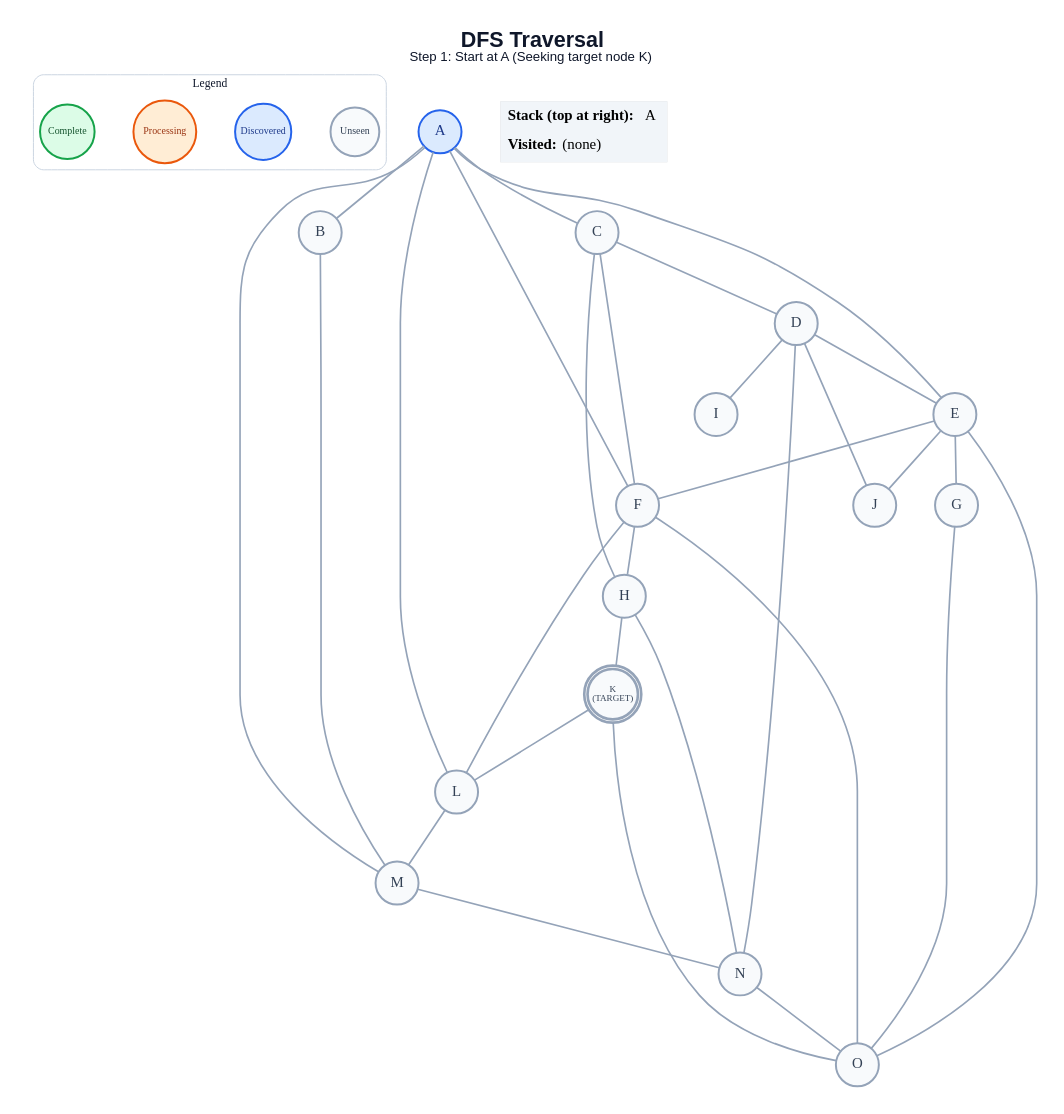
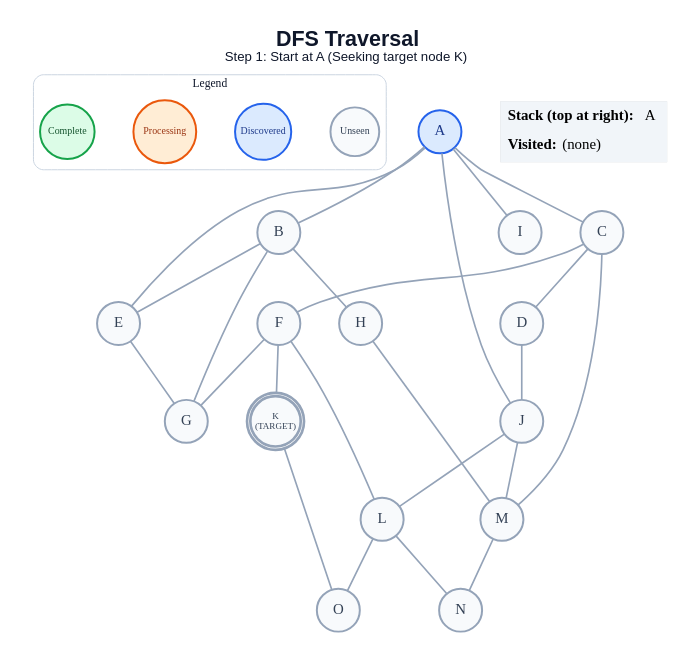
The diagram in generated/dfs/step_01.dot (anon7238593-create/ai-slop), drawn with Graphviz before and after one commit. The commit also changed 289 other files, not shown here.

```diff
--- a/generated/dfs/step_01.dot
+++ b/generated/dfs/step_01.dot
@@ -1,63 +1,57 @@
 graph traversal {
   graph [layout=dot, rankdir=TB, bgcolor="#FFFFFF", pad="0.35", nodesep="0.65", ranksep="0.8", fontname="Arial"];
   node [shape=circle, style="filled", fontname="Arial Bold", fontsize=18, width=0.72, fixedsize=true, penwidth=2.4];
   edge [color="#94A3B8", penwidth=2.0];
   label=<<B>DFS Traversal</B><BR/><FONT POINT-SIZE="16">Step 1: Start at A (Seeking target node K)</FONT>>; labelloc="t"; fontsize=26; fontname="Arial"; fontcolor="#0F172A";
   subgraph cluster_legend { label="Legend"; color="#CBD5E1"; penwidth=1.2; style="rounded"; fontsize=14; fontname="Arial Bold";
     key_unseen [label="Unseen", fillcolor="#F8FAFC", color="#94A3B8", fontcolor="#334155", fontsize=12, width=0.82];
     key_frontier [label="Discovered", fillcolor="#DBEAFE", color="#2563EB", fontcolor="#1E3A8A", fontsize=12, width=0.95];
     key_current [label="Processing", fillcolor="#FFEDD5", color="#EA580C", fontcolor="#9A3412", fontsize=12, width=1.05];
     key_done [label="Complete", fillcolor="#DCFCE7", color="#16A34A", fontcolor="#14532D", fontsize=12, width=0.92];
     { rank=same; key_unseen; key_frontier; key_current; key_done; }
   }
   A [label="A", fillcolor="#DBEAFE", color="#2563EB", fontcolor="#1E3A8A", peripheries=1, penwidth=2.4];
   B [label="B", fillcolor="#F8FAFC", color="#94A3B8", fontcolor="#334155", peripheries=1, penwidth=2.4];
   C [label="C", fillcolor="#F8FAFC", color="#94A3B8", fontcolor="#334155", peripheries=1, penwidth=2.4];
   D [label="D", fillcolor="#F8FAFC", color="#94A3B8", fontcolor="#334155", peripheries=1, penwidth=2.4];
   E [label="E", fillcolor="#F8FAFC", color="#94A3B8", fontcolor="#334155", peripheries=1, penwidth=2.4];
   F [label="F", fillcolor="#F8FAFC", color="#94A3B8", fontcolor="#334155", peripheries=1, penwidth=2.4];
   G [label="G", fillcolor="#F8FAFC", color="#94A3B8", fontcolor="#334155", peripheries=1, penwidth=2.4];
   H [label="H", fillcolor="#F8FAFC", color="#94A3B8", fontcolor="#334155", peripheries=1, penwidth=2.4];
   I [label="I", fillcolor="#F8FAFC", color="#94A3B8", fontcolor="#334155", peripheries=1, penwidth=2.4];
   J [label="J", fillcolor="#F8FAFC", color="#94A3B8", fontcolor="#334155", peripheries=1, penwidth=2.4];
   K [label="K\n(TARGET)", fillcolor="#F8FAFC", color="#94A3B8", fontcolor="#334155", peripheries=2, penwidth=3.2, fontsize=11, width=0.85, height=0.85];
   L [label="L", fillcolor="#F8FAFC", color="#94A3B8", fontcolor="#334155", peripheries=1, penwidth=2.4];
   M [label="M", fillcolor="#F8FAFC", color="#94A3B8", fontcolor="#334155", peripheries=1, penwidth=2.4];
   N [label="N", fillcolor="#F8FAFC", color="#94A3B8", fontcolor="#334155", peripheries=1, penwidth=2.4];
   O [label="O", fillcolor="#F8FAFC", color="#94A3B8", fontcolor="#334155", peripheries=1, penwidth=2.4];
   A -- B;
   A -- C;
   A -- E;
-  A -- F;
-  A -- L;
-  A -- M;
-  B -- M;
+  A -- I;
+  A -- J;
+  B -- E;
+  B -- G;
+  B -- H;
   C -- D;
   C -- F;
-  C -- H;
-  D -- E;
-  D -- I;
+  C -- M;
   D -- J;
-  D -- N;
-  E -- F;
   E -- G;
-  E -- J;
-  E -- O;
-  F -- H;
+  F -- G;
+  F -- K;
   F -- L;
-  F -- O;
-  G -- O;
-  H -- K;
-  H -- N;
-  K -- L;
+  H -- M;
+  J -- L;
+  J -- M;
   K -- O;
-  L -- M;
+  L -- N;
+  L -- O;
   M -- N;
-  N -- O;
   status [shape=plain, fixedsize=false, width=0, height=0, margin=0, label=<
     <TABLE BORDER="0" CELLBORDER="0" CELLPADDING="7" BGCOLOR="#F1F5F9">
       <TR><TD ALIGN="LEFT"><B>Stack (top at right):</B> A</TD></TR>
       <TR><TD ALIGN="LEFT"><B>Visited:</B> (none)</TD></TR>
     </TABLE>
   >];
 }
```
